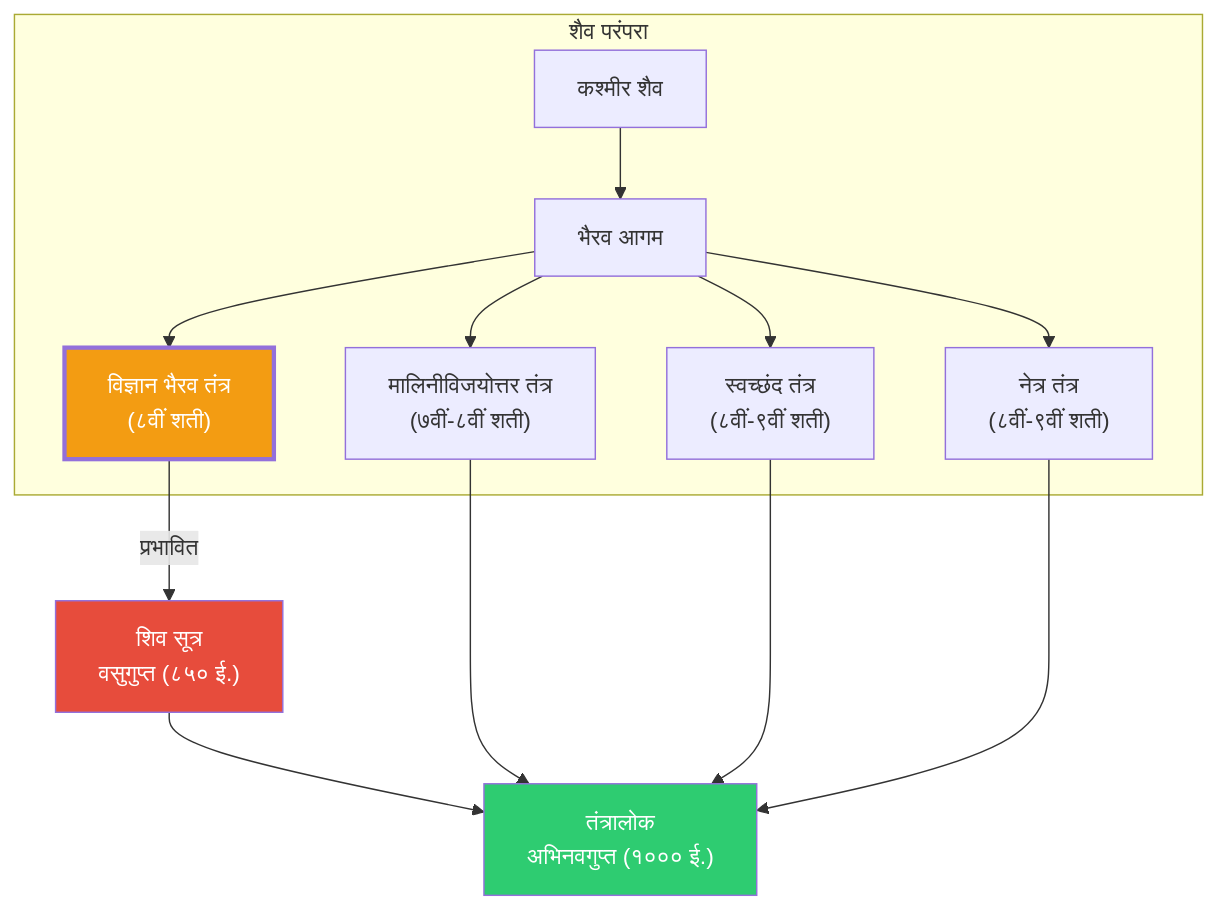
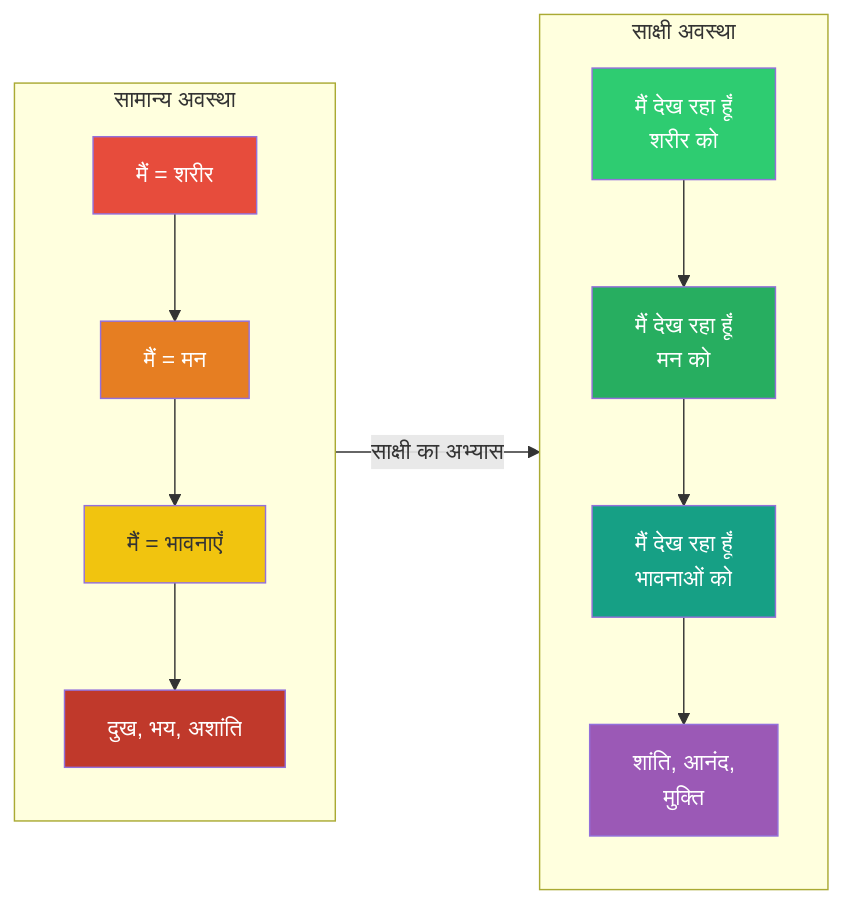
Before and after one commit to Raushan666java/ai-engineering-journey: the second of 3 diagrams in docs/courses/vigyan-bhairav-tantra/01-parichay.md, drawn with Mermaid. The commit also changed other lines of this file and 37 other files, not shown here.

````diff
--- a/docs/courses/vigyan-bhairav-tantra/01-parichay.md
+++ b/docs/courses/vigyan-bhairav-tantra/01-parichay.md
@@ -194,20 +175,25 @@
 ```mermaid
-flowchart TB
-    subgraph Shaiva["शैव परंपरा"]
-        K["कश्मीर शैव"] --> B["भैरव आगम"]
-        B --> VBT["विज्ञान भैरव तंत्र<br/>(८वीं शती)"]
-        B --> MVT["मालिनीविजयोत्तर तंत्र<br/>(७वीं-८वीं शती)"]
-        B --> ST["स्वच्छंद तंत्र<br/>(८वीं-९वीं शती)"]
-        B --> NT["नेत्र तंत्र<br/>(८वीं-९वीं शती)"]
+flowchart LR
+    subgraph Normal["सामान्य अवस्था"]
+        A["मैं = शरीर"] --> B["मैं = मन"]
+        B --> C["मैं = भावनाएँ"]
+        C --> D["दुख, भय, अशांति"]
     end
     
-    VBT -->|प्रभावित| SS["शिव सूत्र<br/>वसुगुप्त (८५० ई.)"]
-    SS --> TA["तंत्रालोक<br/>अभिनवगुप्त (१००० ई.)"]
-    MVT --> TA
-    ST --> TA
-    NT --> TA
+    subgraph Witnessing["साक्षी अवस्था"]
+        E["मैं देख रहा हूँ<br/>शरीर को"] --> F["मैं देख रहा हूँ<br/>मन को"]
+        F --> G["मैं देख रहा हूँ<br/>भावनाओं को"]
+        G --> H["शांति, आनंद,<br/>मुक्ति"]
+    end
     
-    style VBT fill:#f39c12,color:#fff,stroke-width:3px
-    style TA fill:#2ecc71,color:#fff
-    style SS fill:#e74c3c,color:#fff
+    Normal -->|"साक्षी का अभ्यास"| Witnessing
+    
+    style A fill:#e74c3c,color:#fff
+    style B fill:#e67e22,color:#fff
+    style C fill:#f1c40f,color:#333
+    style D fill:#c0392b,color:#fff
+    style E fill:#2ecc71,color:#fff
+    style F fill:#27ae60,color:#fff
+    style G fill:#16a085,color:#fff
+    style H fill:#9b59b6,color:#fff
 ```
````
